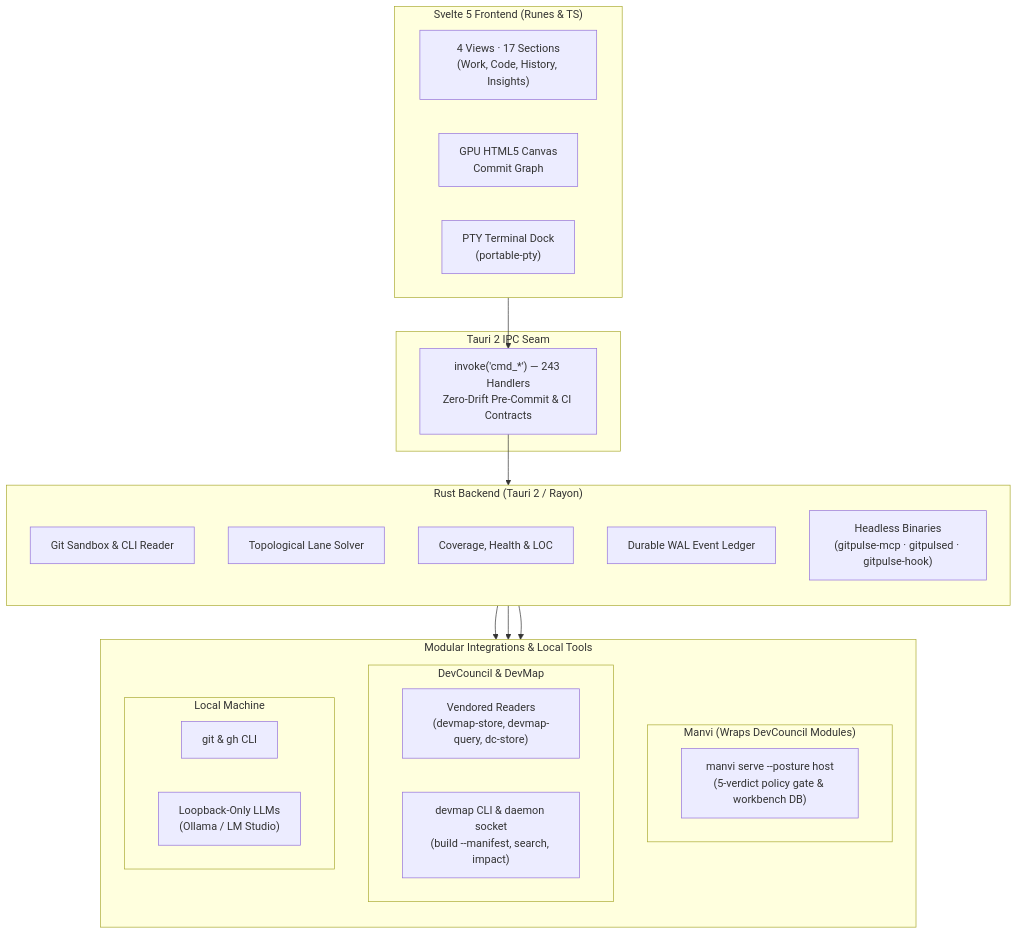
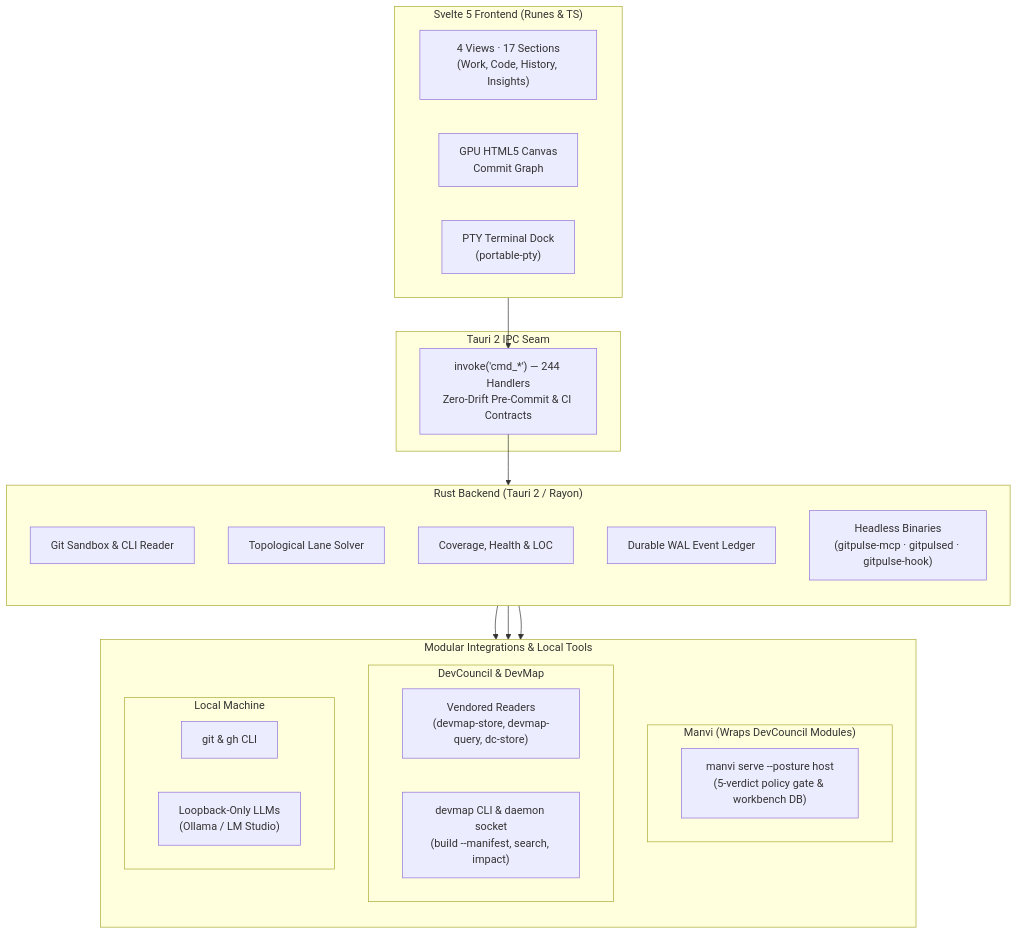
The diagram in README.md (bharathvbcr/GitPulse), drawn with Mermaid before and after one commit. The commit also changed 25 other files, not shown here.

````diff
--- a/README.md
+++ b/README.md
@@ -116,43 +116,43 @@
 ```mermaid
 flowchart TB
     subgraph Frontend["Svelte 5 Frontend (Runes & TS)"]
         direction LR
         Views["4 Views · 17 Sections<br/>(Work, Code, History, Insights)"]
         Canvas["GPU HTML5 Canvas<br/>Commit Graph"]
         TerminalDock["PTY Terminal Dock<br/>(portable-pty)"]
     end
 
     subgraph IPC["Tauri 2 IPC Seam"]
-        Bridge["invoke('cmd_*') — 243 Handlers<br/>Zero-Drift Pre-Commit & CI Contracts"]
+        Bridge["invoke('cmd_*') — 244 Handlers<br/>Zero-Drift Pre-Commit & CI Contracts"]
     end
 
     subgraph Backend["Rust Backend (Tauri 2 / Rayon)"]
         direction TB
         GitEngine["Git Sandbox & CLI Reader"]
         LaneSolver["Topological Lane Solver"]
         Analyzers["Coverage, Health & LOC"]
         Ledger["Durable WAL Event Ledger"]
         Headless["Headless Binaries<br/>(gitpulse-mcp · gitpulsed · gitpulse-hook)"]
     end
 
     subgraph Integrations["Modular Integrations & Local Tools"]
         direction TB
         subgraph ManviWrap["Manvi (Wraps DevCouncil Modules)"]
             ManviSidecar["manvi serve --posture host<br/>(5-verdict policy gate & workbench DB)"]
         end
         subgraph DevCouncilMods["DevCouncil & DevMap"]
             Vendored["Vendored Readers<br/>(devmap-store, devmap-query, dc-store)"]
             DevMapCLI["devmap CLI & daemon socket<br/>(build --manifest, search, impact)"]
         end
         subgraph LocalTools["Local Machine"]
             CLI["git & gh CLI"]
             LocalLLM["Loopback-Only LLMs<br/>(Ollama / LM Studio)"]
         end
     end
 
     Frontend --> Bridge
     Bridge --> Backend
     Backend --> ManviWrap
     Backend --> DevCouncilMods
     Backend --> LocalTools
 ```
````
